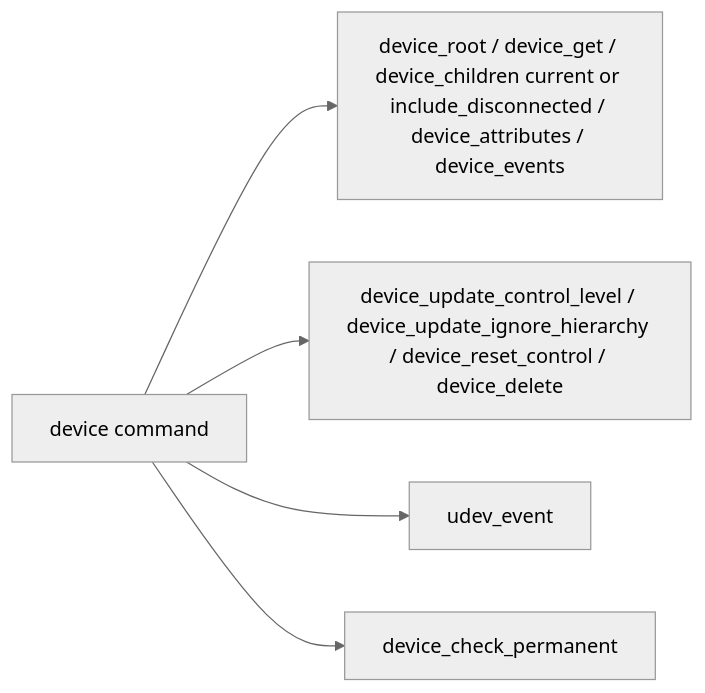
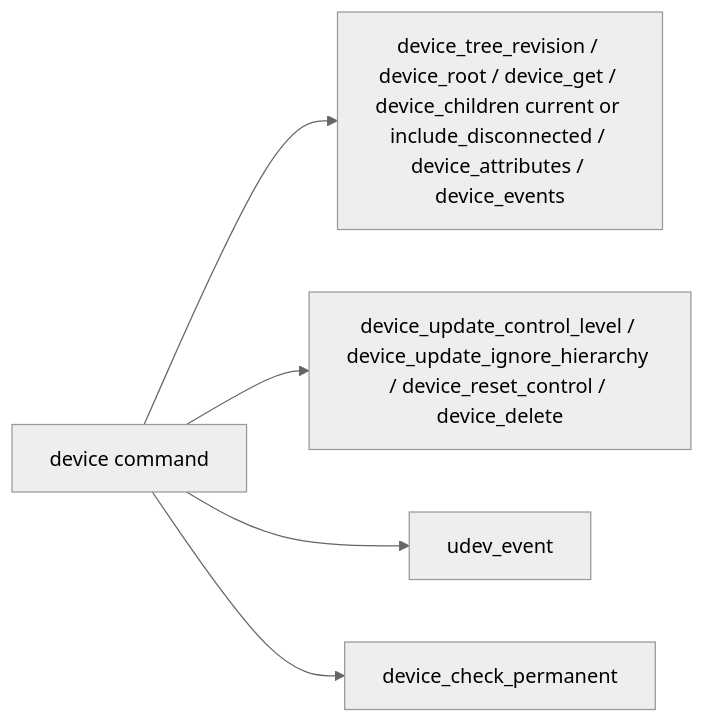
One commit to RevoltStar/FIC changed the sixth of 15 diagrams in docs/architecture-diagrams.md. Above: the diagram before and after it, drawn with Mermaid (neutral theme). The commit also changed other lines of this file and 15 other files, not shown here.

````diff
--- a/docs/architecture-diagrams.md
+++ b/docs/architecture-diagrams.md
@@ -231,8 +231,8 @@
 ```mermaid
 flowchart LR
     deviceCommands[device command]
-    deviceCommands --> read[device_root / device_get / device_children current or include_disconnected / device_attributes / device_events]
+    deviceCommands --> read[device_tree_revision / device_root / device_get / device_children current or include_disconnected / device_attributes / device_events]
     deviceCommands --> mutate[device_update_control_level / device_update_ignore_hierarchy / device_reset_control / device_delete]
     deviceCommands --> udev[udev_event]
     deviceCommands --> permanent[device_check_permanent]
 ```
````
